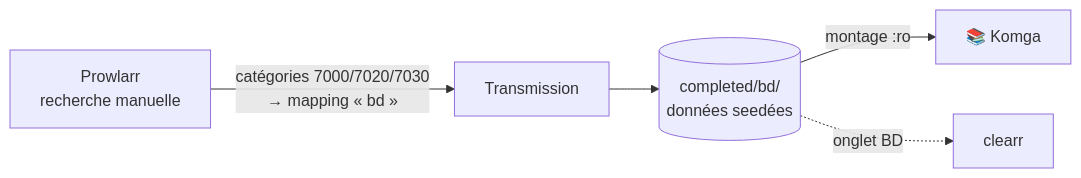
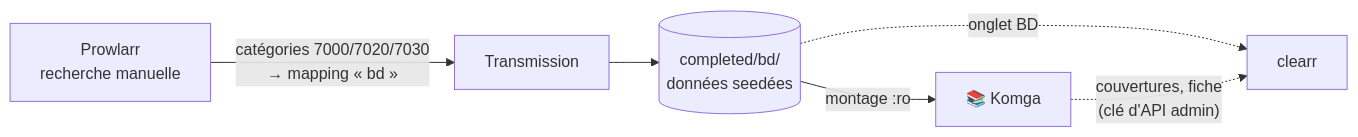
Before and after one commit to nattyebola/home-server-services: the diagram in docs/komga.md, drawn with Mermaid. The commit also changed other lines of this file and 17 other files, not shown here.

````diff
--- a/docs/komga.md
+++ b/docs/komga.md
@@ -11,7 +11,8 @@
 ```mermaid
 flowchart LR
     P["Prowlarr<br>recherche manuelle"] -->|"catégories 7000/7020/7030<br>→ mapping « bd »"| T["Transmission"]
     T --> BD[("completed/bd/<br>données seedées")]
     BD -->|"montage :ro"| K["📚 Komga"]
     BD -.->|"onglet BD"| C["clearr"]
+    K -.->|"couvertures, fiche<br>(clé d'API admin)"| C
 ```
````
